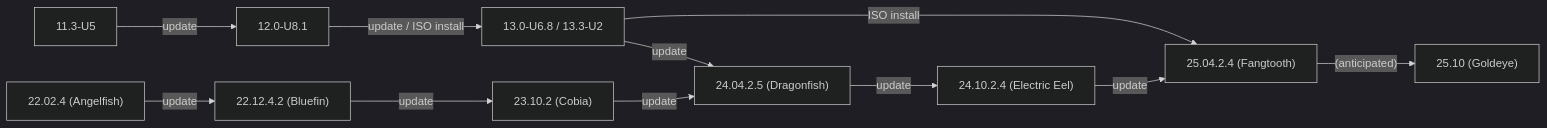
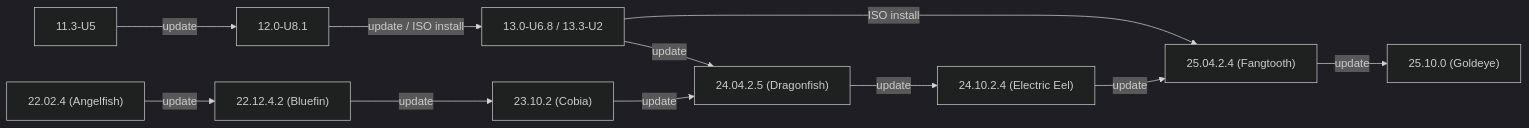
One commit to truenas/documentation changed the first of 2 diagrams in static/includes/SCALEUpgradePaths.md. Above: the diagram before and after it, drawn with Mermaid (dark theme).

```diff
--- a/static/includes/SCALEUpgradePaths.md
+++ b/static/includes/SCALEUpgradePaths.md
@@ -208,14 +208,14 @@
             {{< mermaid class="mermaid_sizing" >}}
             flowchart LR
               A["11.3-U5"] -->|update| B["12.0-U8.1"]
               B -->|"update / ISO install"| C["13.0-U6.8 / 13.3-U2"]
               C -->|update| G
               C -->|ISO install| I
               D["22.02.4 (Angelfish)"] -->|update| E
               E["22.12.4.2 (Bluefin)"] -->|update| F
               F["23.10.2 (Cobia)"] -->|update| G
               G["24.04.2.5 (Dragonfish)"] -->|update| H
               H["24.10.2.4 (Electric Eel)"] -->|update| I
-              I["25.04.2.4 (Fangtooth)"] -->|"(anticipated)"| J
-            J["25.10 (Goldeye)"]
+              I["25.04.2.4 (Fangtooth)"] -->|"update"| J
+            J["25.10.0 (Goldeye)"]
             {{< /mermaid >}}
```
